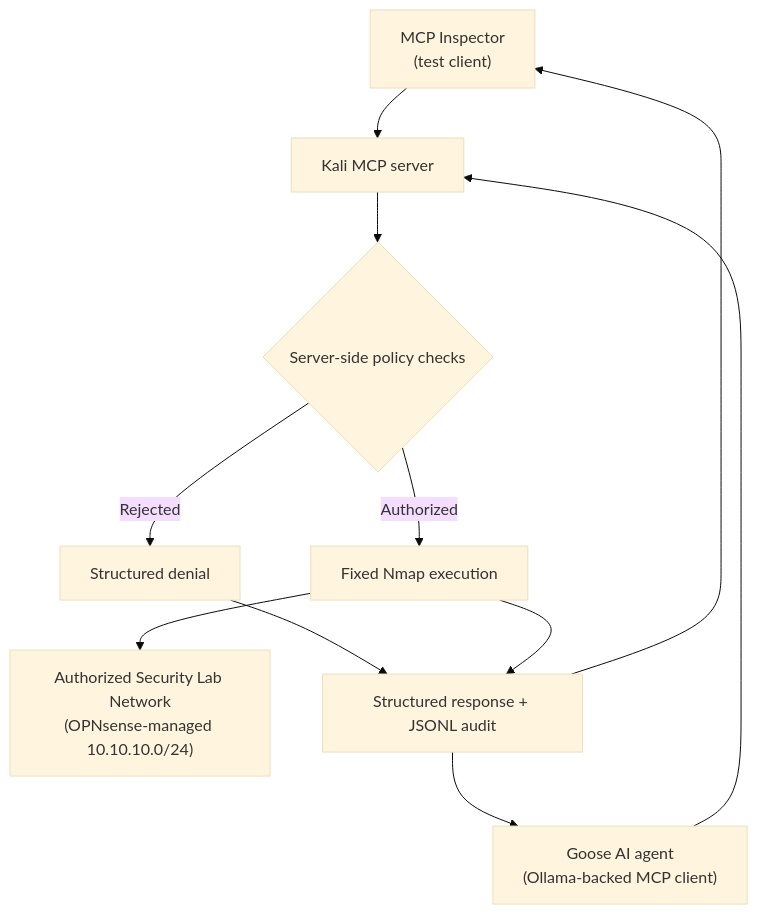
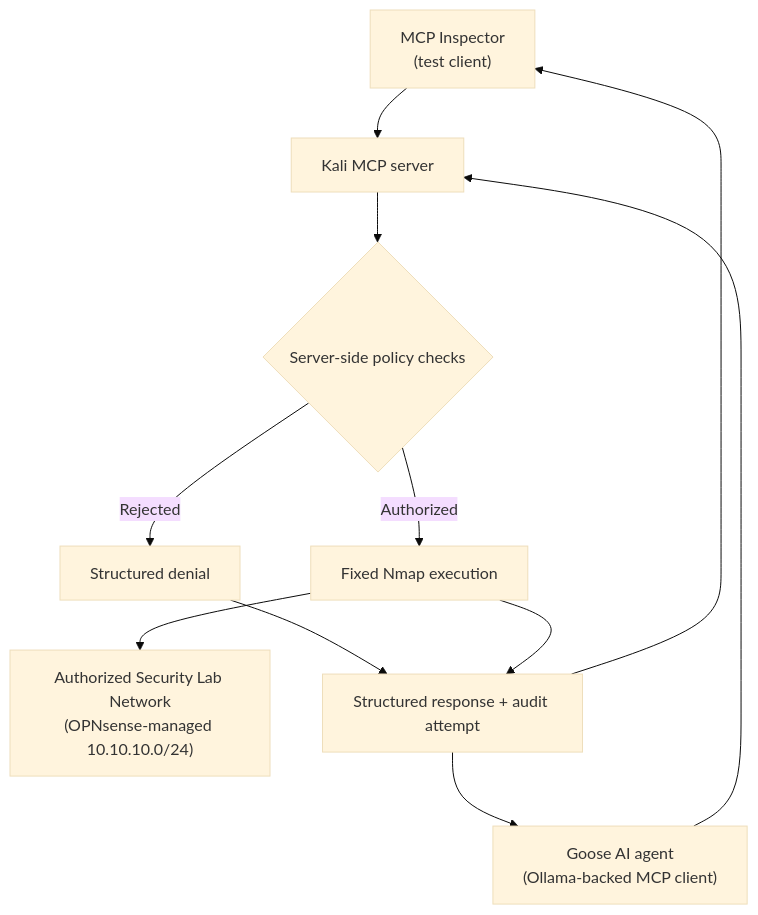
Before and after one commit to backyard-labs/kali-mcp-security-lab: the diagram in README.md, drawn with Mermaid (base theme). The commit also changed other lines of this file, not shown here.

First line of the commit message:
Enhance README with detailed audit logging and installation

````diff
--- a/README.md
+++ b/README.md
@@ -53,13 +53,13 @@
 ```mermaid
 flowchart TD
     A["MCP Inspector<br/>(test client)"] --> C["Kali MCP server"]
     B["Goose AI agent<br/>(Ollama-backed MCP client)"] --> C
     C --> D{"Server-side policy checks"}
     D -->|Rejected| E["Structured denial"]
     D -->|Authorized| F["Fixed Nmap execution"]
     F --> G["Authorized Security Lab Network<br/>(OPNsense-managed 10.10.10.0/24)"]
-    E --> H["Structured response + JSONL audit"]
+    E --> H["Structured response + audit attempt"]
     F --> H
     H --> A
     H --> B
 ```
````
